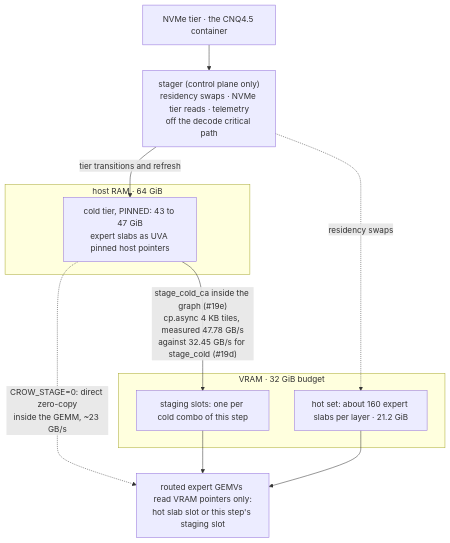
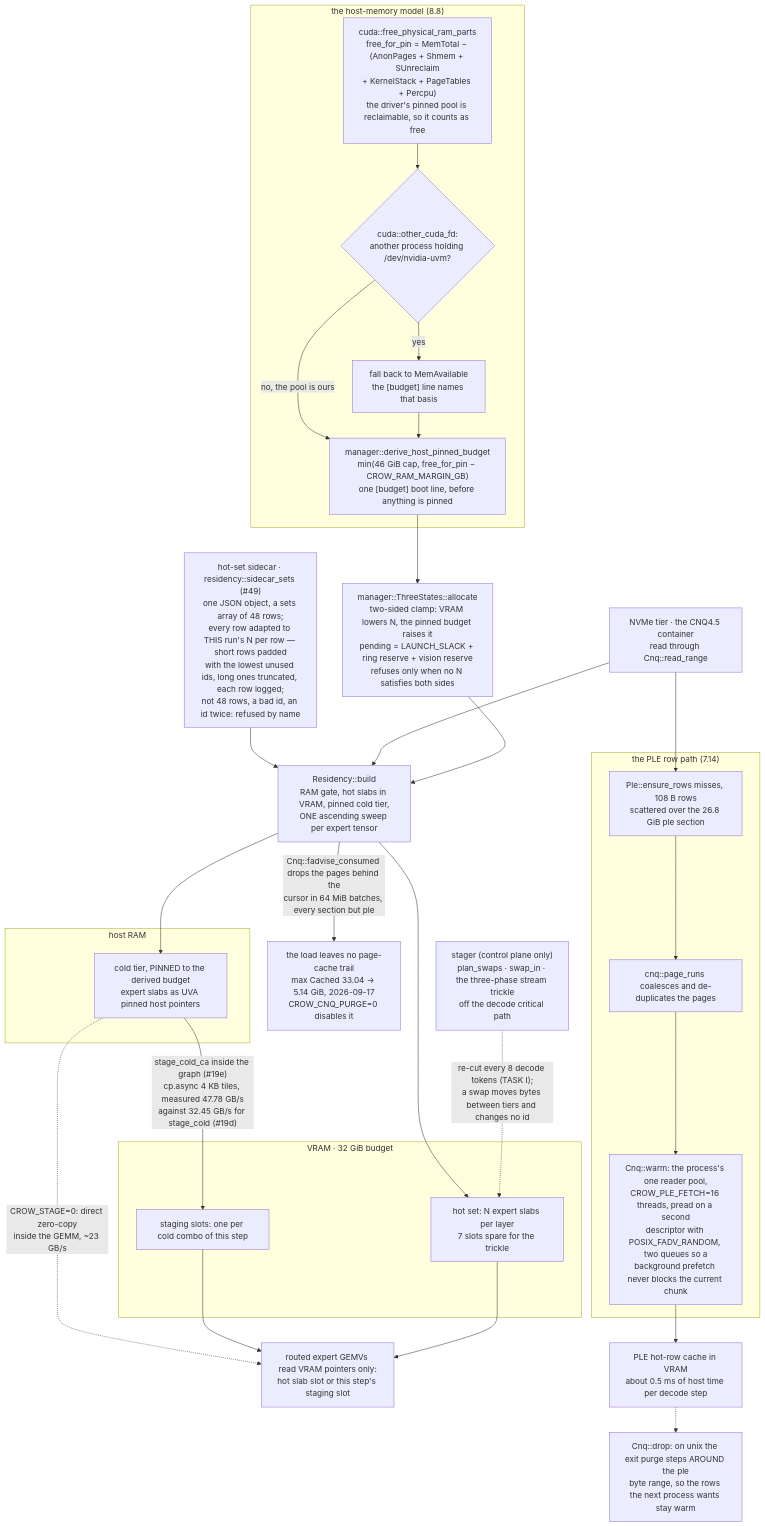
Before and after one commit to nibor1896/crow-nest: the fourth of 8 diagrams in docs/diagrams.md, drawn with Mermaid. The commit also changed other lines of this file and 1 other file, not shown here.

````diff
--- a/docs/diagrams.md
+++ b/docs/diagrams.md
@@ -83,20 +108,42 @@
 ```mermaid
 flowchart TB
-    NVME["NVMe tier · the CNQ4.5 container"]
-    STAGER["stager (control plane only)\nresidency swaps · NVMe tier reads · telemetry\noff the decode critical path"]
-    NVME --> STAGER
-    subgraph host["host RAM · 64 GiB"]
-        COLD["cold tier, PINNED: 43 to 47 GiB\nexpert slabs as UVA pinned host pointers"]
+    subgraph hostmem["the host-memory model (8.8)"]
+        RAM["cuda::free_physical_ram_parts\nfree_for_pin = MemTotal − (AnonPages + Shmem + SUnreclaim\n+ KernelStack + PageTables + Percpu)\nthe driver's pinned pool is reclaimable, so it counts as free"]
+        UVM{"cuda::other_cuda_fd:\nanother process holding /dev/nvidia-uvm?"}
+        FALL["fall back to MemAvailable\nthe [budget] line names that basis"]
+        BUD["manager::derive_host_pinned_budget\nmin(46 GiB cap, free_for_pin − CROW_RAM_MARGIN_GB)\none [budget] boot line, before anything is pinned"]
+        RAM --> UVM
+        UVM -->|"no, the pool is ours"| BUD
+        UVM -->|"yes"| FALL --> BUD
+    end
+    BUD --> PLAN["manager::ThreeStates::allocate\ntwo-sided clamp: VRAM lowers N, the pinned budget raises it\npending = LAUNCH_SLACK + ring reserve + vision reserve\nrefuses only when no N satisfies both sides"]
+    SIDE["hot-set sidecar · residency::sidecar_sets (#49)\none JSON object, a sets array of 48 rows;\nevery row adapted to THIS run's N per row — short rows padded\nwith the lowest unused ids, long ones truncated, each row logged;\nnot 48 rows, a bad id, an id twice: refused by name"] --> BUILD
+    NVME["NVMe tier · the CNQ4.5 container\nread through Cnq::read_range"] --> BUILD
+    PLAN --> BUILD["Residency::build\nRAM gate, hot slabs in VRAM, pinned cold tier,\nONE ascending sweep per expert tensor"]
+    BUILD -->|"Cnq::fadvise_consumed drops the pages behind the\ncursor in 64 MiB batches, every section but ple"| PC["the load leaves no page-cache trail\nmax Cached 33.04 → 5.14 GiB, 2026-09-17\nCROW_CNQ_PURGE=0 disables it"]
+    subgraph host["host RAM"]
+        COLD["cold tier, PINNED to the derived budget\nexpert slabs as UVA pinned host pointers"]
     end
     subgraph vram["VRAM · 32 GiB budget"]
-        HOT["hot set: about 160 expert slabs per layer · 21.2 GiB"]
+        HOT["hot set: N expert slabs per layer\n7 slots spare for the trickle"]
         STAGE["staging slots: one per cold combo of this step"]
     end
-    GEMV["routed expert GEMVs read VRAM pointers only:\nhot slab slot or this step's staging slot"]
-    STAGER -->|"tier transitions and refresh"| COLD
-    STAGER -.residency swaps.-> HOT
+    BUILD --> COLD
+    BUILD --> HOT
+    STAGER["stager (control plane only)\nplan_swaps · swap_in · the three-phase stream trickle\noff the decode critical path"]
+    STAGER -.->|"re-cut every 8 decode tokens (TASK I);\na swap moves bytes between tiers and changes no id"| HOT
     COLD -->|"stage_cold_ca inside the graph (#19e)\ncp.async 4 KB tiles, measured 47.78 GB/s\nagainst 32.45 GB/s for stage_cold (#19d)"| STAGE
     COLD -.->|"CROW_STAGE=0: direct zero-copy\ninside the GEMM, ~23 GB/s"| GEMV
-    STAGE --> GEMV
+    STAGE --> GEMV["routed expert GEMVs read VRAM pointers only:\nhot slab slot or this step's staging slot"]
     HOT --> GEMV
+    subgraph plerow["the PLE row path (7.14)"]
+        MISS["Ple::ensure_rows misses, 108 B rows\nscattered over the 26.8 GiB ple section"]
+        RUNS["cnq::page_runs coalesces and de-duplicates the pages"]
+        WARM["Cnq::warm: the process's one reader pool,\nCROW_PLE_FETCH=16 threads, pread on a second\ndescriptor with POSIX_FADV_RANDOM, two queues so a\nbackground prefetch never blocks the current chunk"]
+        MISS --> RUNS --> WARM
+    end
+    NVME --> MISS
+    WARM --> PLEC["PLE hot-row cache in VRAM\nabout 0.5 ms of host time per decode step"]
+    EXITP["Cnq::drop: on unix the exit purge steps AROUND the ple\nbyte range, so the rows the next process wants stay warm"]
+    PLEC -.-> EXITP
 ```
````
